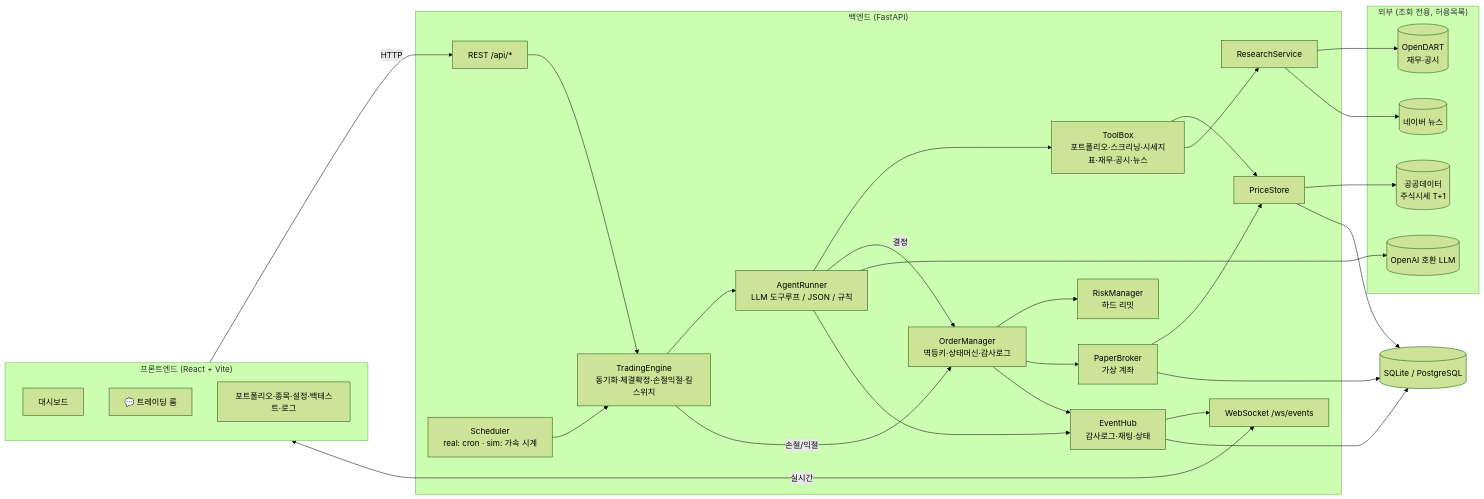
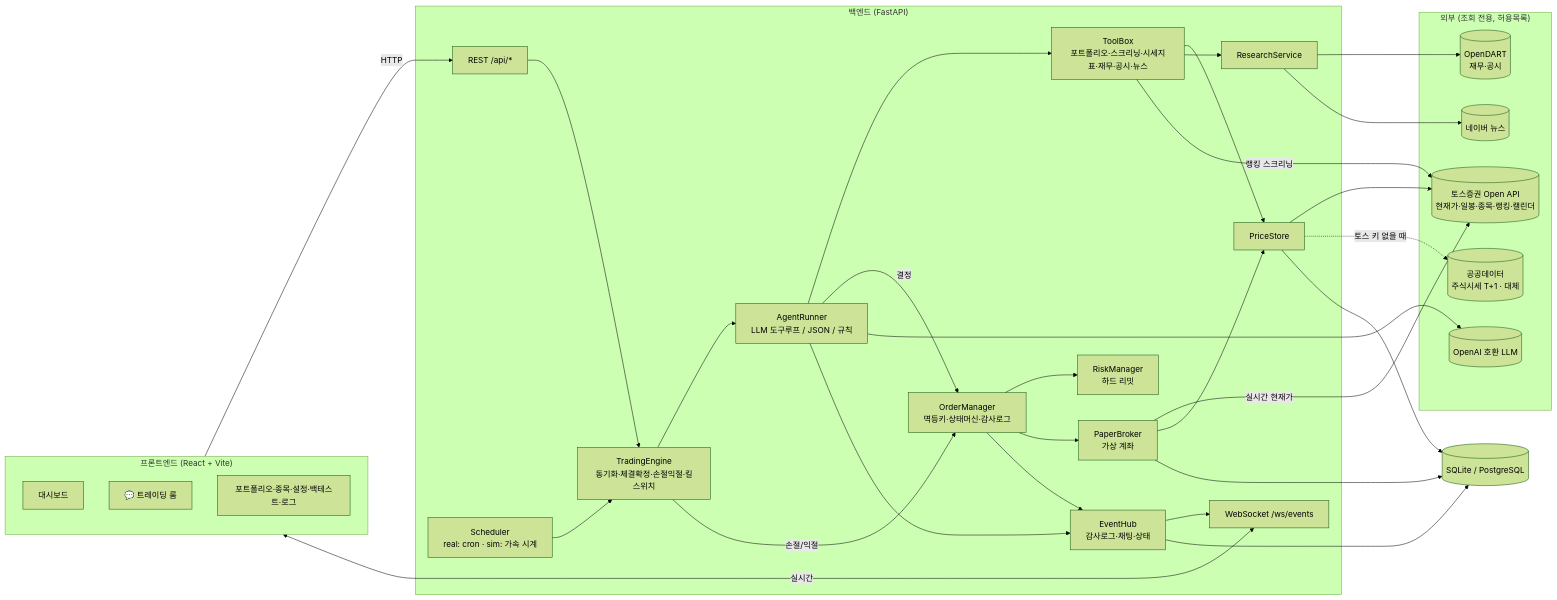
The first of 4 diagrams in docs/ARCHITECTURE.md (CodeofO/autonomous-trading-agent), drawn with Mermaid (forest theme) before and after one commit. The commit also changed other lines of this file and 27 other files, not shown here.

````diff
--- a/docs/ARCHITECTURE.md
+++ b/docs/ARCHITECTURE.md
@@ -5,56 +5,60 @@
 ```mermaid
 flowchart LR
   subgraph UI["프론트엔드 (React + Vite)"]
     Dash[대시보드]
     Room[💬 트레이딩 룸]
     Pages[포트폴리오·종목·설정·백테스트·로그]
   end
 
   subgraph API["백엔드 (FastAPI)"]
     REST[REST /api/*]
     WS[WebSocket /ws/events]
     Sched[Scheduler<br/>real: cron · sim: 가속 시계]
     Engine[TradingEngine<br/>동기화·체결확정·손절익절·킬스위치]
     Agent[AgentRunner<br/>LLM 도구루프 / JSON / 규칙]
     Tools[ToolBox<br/>포트폴리오·스크리닝·시세지표·재무·공시·뉴스]
     Risk[RiskManager<br/>하드 리밋]
     OM[OrderManager<br/>멱등키·상태머신·감사로그]
     Broker[PaperBroker<br/>가상 계좌]
     Hub[EventHub<br/>감사로그·채팅·상태]
     Store[PriceStore]
     Research[ResearchService]
   end
 
   subgraph EXT["외부 (조회 전용, 허용목록)"]
-    PD[(공공데이터<br/>주식시세 T+1)]
+    TOSS[(토스증권 Open API<br/>현재가·일봉·종목·랭킹·캘린더)]
+    PD[(공공데이터<br/>주식시세 T+1 · 대체)]
     DART[(OpenDART<br/>재무·공시)]
     NAVER[(네이버 뉴스)]
     LLM[(OpenAI 호환 LLM)]
   end
 
   DB[(SQLite / PostgreSQL)]
 
   UI -- HTTP --> REST
   UI <-- 실시간 --> WS
   Sched --> Engine
   REST --> Engine
   Engine --> Agent
   Agent --> Tools
   Agent -- 결정 --> OM
   Engine -- 손절/익절 --> OM
   OM --> Risk
   OM --> Broker
   Tools --> Store
   Tools --> Research
-  Store --> PD
+  Store --> TOSS
+  Store -.토스 키 없을 때.-> PD
+  Broker -- 실시간 현재가 --> TOSS
+  Tools -- 랭킹 스크리닝 --> TOSS
   Research --> DART
   Research --> NAVER
   Agent --> LLM
   Broker --> Store
   OM --> Hub
   Agent --> Hub
   Hub --> WS
   Hub --> DB
   Broker --> DB
   Store --> DB
 ```
````
